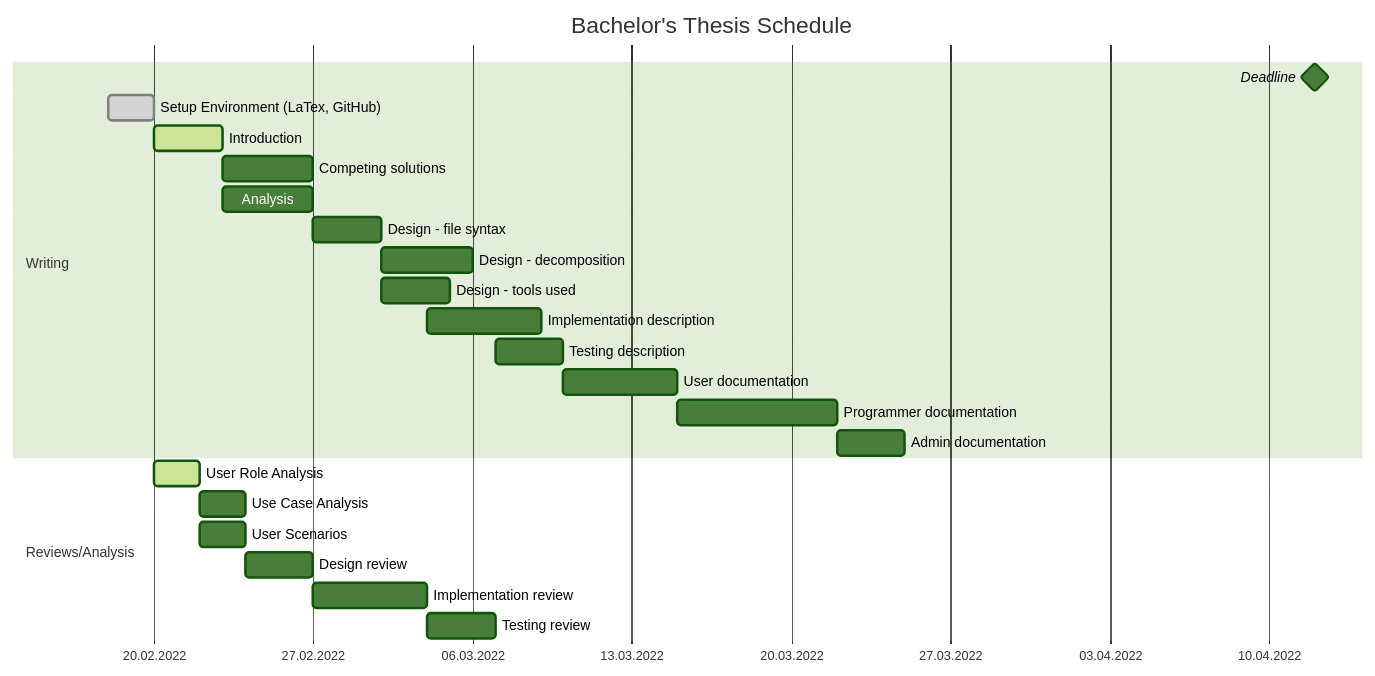
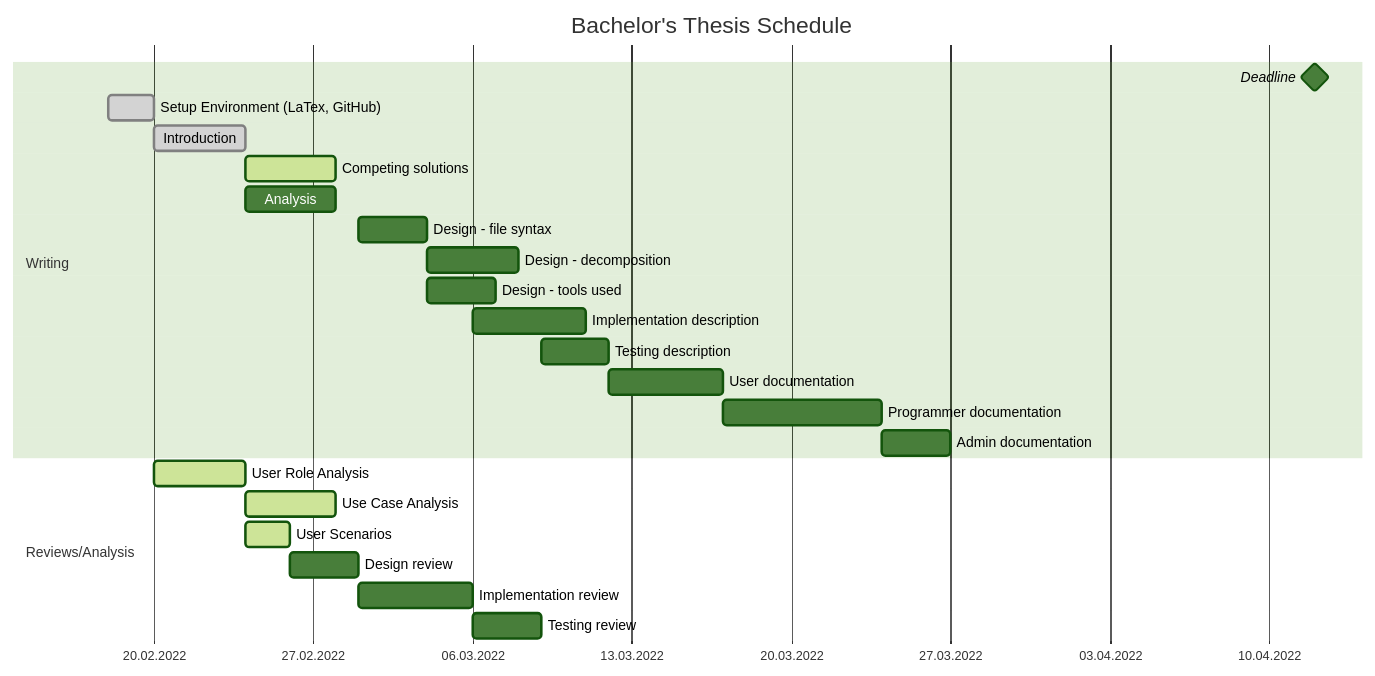
One commit to barjin/bachelor-thesis changed the diagram in schedule.md. Above: the diagram before and after it, drawn with Mermaid (forest theme).

Commit message:
Schedule update

````diff
--- a/schedule.md
+++ b/schedule.md
@@ -4,31 +4,31 @@
 ```mermaid
 gantt
     title Bachelor's Thesis Schedule
     dateFormat DD.MM.YYYY
     axisFormat %d.%m.%Y
 
     section Writing
     Deadline: milestone, 12.04.2022, 0d
 
     Setup Environment (LaTex, GitHub): done, environment, 18.02.2022, 2d
-    Introduction: active, introduction, after environment, 3d
-    Competing solutions: 4d
+    Introduction: done, introduction, after environment, 4d
+    Competing solutions: active, 4d
     Analysis: after introduction, 4d
     Design - file syntax: syntax, after design_review, 3d
     Design - decomposition: after syntax, 4d
     Design - tools used: after syntax, 3d
     Implementation description: after implementation_review, 5d
     Testing description: after tests_review, 3d
     User documentation: 5d
     Programmer documentation:7d
     Admin documentation: 3d
 
     section Reviews/Analysis
 
-    User Role Analysis: active, analysis_roles, after environment, 2d
-    Use Case Analysis: after analysis_roles, 2d
-    User Scenarios: analysis_scenarios, after analysis_roles, 2d
+    User Role Analysis: active, analysis_roles, after environment, 4d
+    Use Case Analysis: active, after analysis_roles, 4d
+    User Scenarios: active, analysis_scenarios, after analysis_roles, 2d
     Design review: design_review, after analysis_scenarios, 3d
     Implementation review: implementation_review, after design_review, 5d
     Testing review: tests_review, after implementation_review, 3d 
 ```
````
